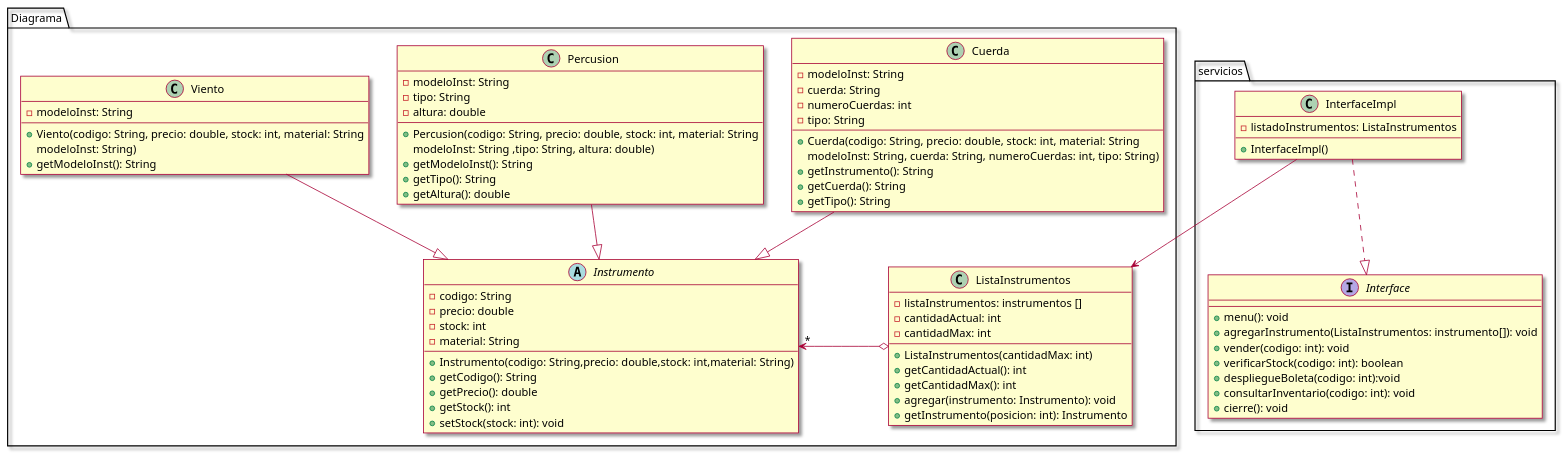
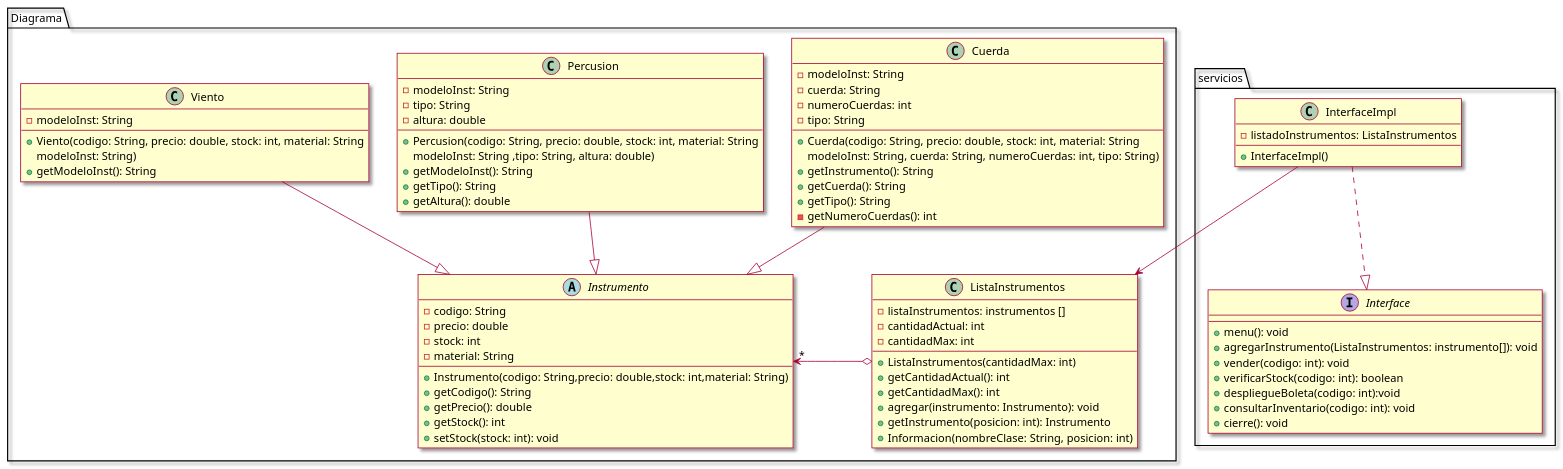
The diagram in DiagramaClase.puml (diegooblu/Taller3), drawn with PlantUML before and after one commit. The commit also changed 2 other files, not shown here.

```diff
--- a/DiagramaClase.puml
+++ b/DiagramaClase.puml
@@ -1,84 +1,86 @@
 @startuml
 skin rose
 
 package Diagrama {
     abstract class Instrumento {
         -codigo: String
         -precio: double
         -stock: int
         -material: String
         +Instrumento(codigo: String,precio: double,stock: int,material: String)
         +getCodigo(): String
         +getPrecio(): double
         +getStock(): int
         +setStock(stock: int): void
     }
 
     class Cuerda {
         -modeloInst: String
         -cuerda: String
         -numeroCuerdas: int
         -tipo: String
         +Cuerda(codigo: String, precio: double, stock: int, material: String
         modeloInst: String, cuerda: String, numeroCuerdas: int, tipo: String)
         +getInstrumento(): String
         +getCuerda(): String
         +getTipo(): String
+        -getNumeroCuerdas(): int
 
     }
     Cuerda--|>Instrumento
 
     class Percusion {
         -modeloInst: String
         -tipo: String
         -altura: double
         +Percusion(codigo: String, precio: double, stock: int, material: String
         modeloInst: String ,tipo: String, altura: double)
         +getModeloInst(): String
         +getTipo(): String
         +getAltura(): double
     }
     Percusion--|>Instrumento
 
     class Viento {
         -modeloInst: String
         +Viento(codigo: String, precio: double, stock: int, material: String
         modeloInst: String)
         +getModeloInst(): String
     }
     Viento--|>Instrumento
 
     class ListaInstrumentos {
         -listaInstrumentos: instrumentos []
         -cantidadActual: int
         -cantidadMax: int
         +ListaInstrumentos(cantidadMax: int)
         +getCantidadActual(): int
         +getCantidadMax(): int
         +agregar(instrumento: Instrumento): void
         +getInstrumento(posicion: int): Instrumento
+        +Informacion(nombreClase: String, posicion: int)
     }
     ListaInstrumentos o->"*" Instrumento
 }
 
 package servicios {
 
     interface Interface{
     +menu(): void
     +agregarInstrumento(ListaInstrumentos: instrumento[]): void
     +vender(codigo: int): void
     +verificarStock(codigo: int): boolean
     +despliegueBoleta(codigo: int):void
     +consultarInventario(codigo: int): void
     +cierre(): void
     }
 
     class InterfaceImpl{
         -listadoInstrumentos: ListaInstrumentos
         +InterfaceImpl()
     }
     InterfaceImpl..|> Interface
     InterfaceImpl --> ListaInstrumentos
 }
 
 @enduml
```
